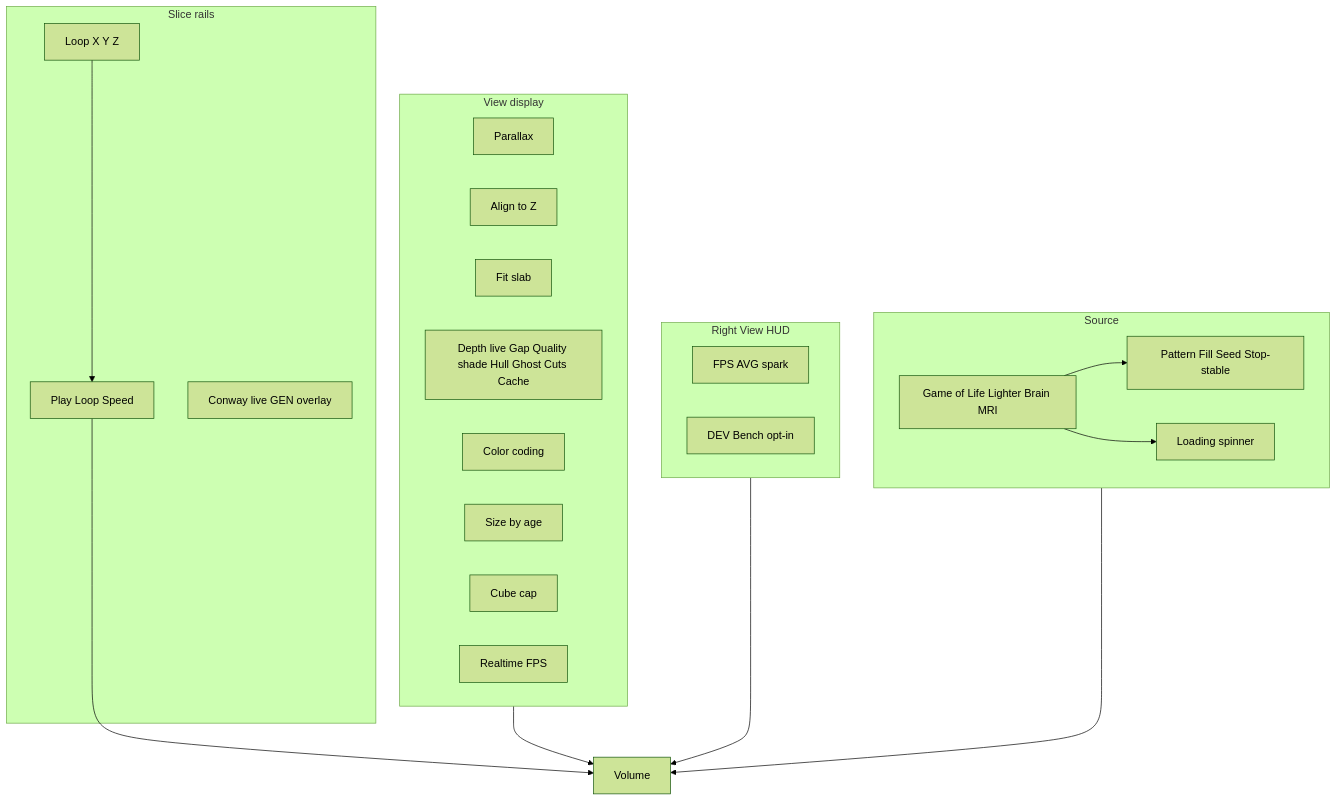
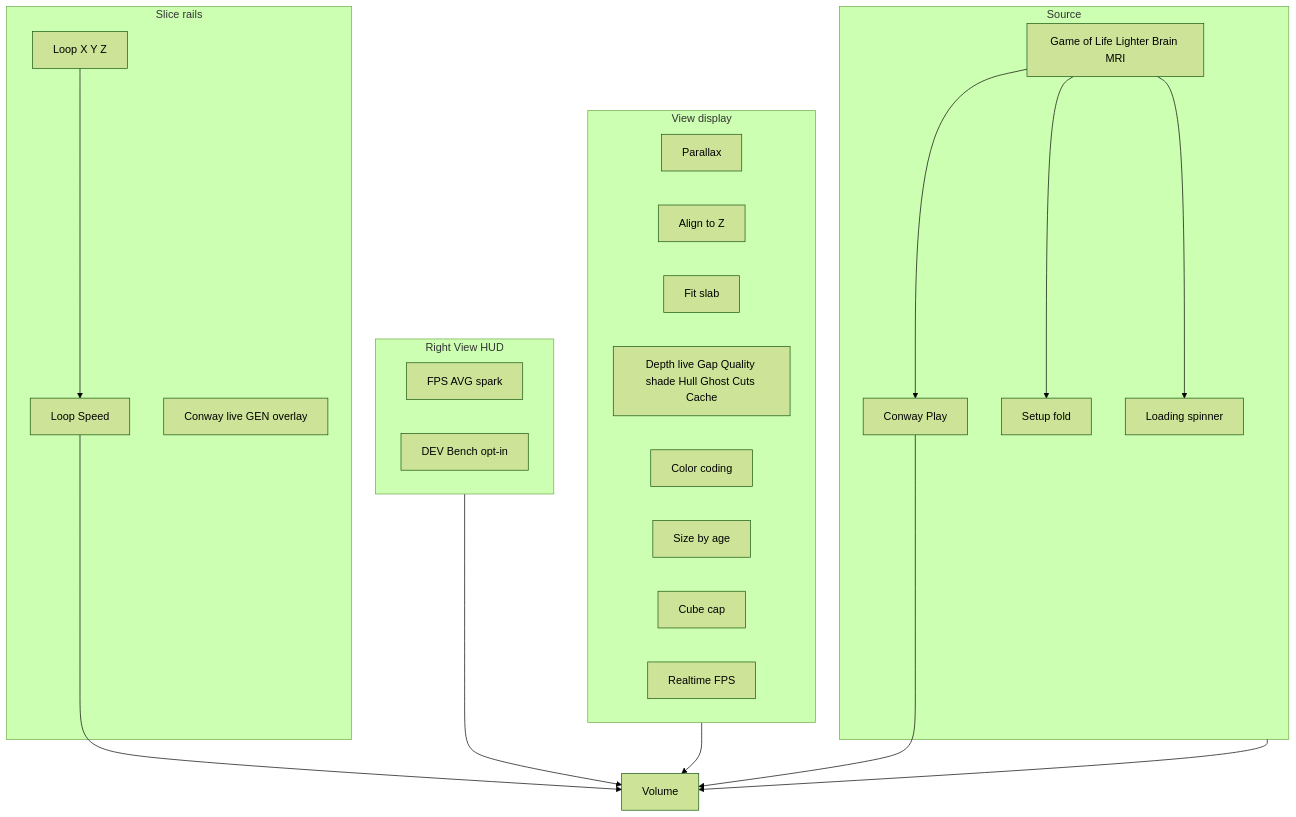
One commit to PiMaV/DONNER changed the fifth of 19 diagrams in docs/gui.md. Above: the diagram before and after it, drawn with Mermaid (forest theme). The commit also changed other lines of this file and 22 other files, not shown here.

````diff
--- a/docs/gui.md
+++ b/docs/gui.md
@@ -127,34 +142,37 @@
 ```mermaid
 flowchart TB
   subgraph view [View display]
     bird[Parallax]
     align[Align to Z]
     fit[Fit slab]
     win[Depth live Gap Quality shade Hull Ghost Cuts Cache]
     color[Color coding]
     stab[Size by age]
     cap[Cube cap]
     fps[Realtime FPS]
   end
   subgraph hud [Right View HUD]
     telemetry[FPS AVG spark]
     bench[DEV Bench opt-in]
   end
   subgraph source [Source]
     kind[Game of Life Lighter Brain MRI]
-    conway[Pattern Fill Seed Stop-stable]
+    golPlay[Conway Play]
+    setup[Setup fold]
     load[Loading spinner]
   end
   subgraph rails [Slice rails]
-    play[Play Loop Speed]
+    play[Loop Speed]
     axes[Loop X Y Z]
     gen[Conway live GEN overlay]
   end
   view --> volume[Volume]
   hud --> volume
   play --> volume
+  golPlay --> volume
   source --> volume
-  kind --> conway
+  kind --> golPlay
+  kind --> setup
   kind --> load
   axes --> play
 ```
````
